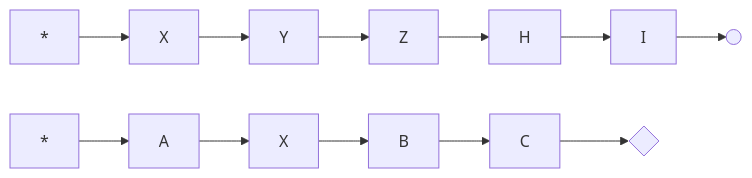
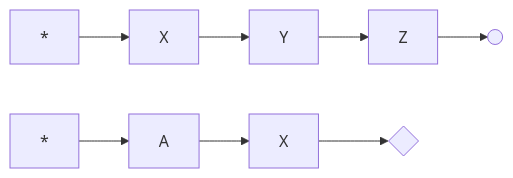
Before and after one commit to sbwkl/sbwkl.github.io: the third of 3 diagrams in post/2022/05/learn-database-system-concepts-3.md, drawn with Mermaid. The commit also changed other lines of this file, not shown here.

````diff
--- a/post/2022/05/learn-database-system-concepts-3.md
+++ b/post/2022/05/learn-database-system-concepts-3.md
@@ -289,7 +289,7 @@
 ```mermaid
 flowchart LR
-T1["*"] --> T1X["X"] --> T1Y["Y"] --> T1Z["Z"] -->H-->I--> T1G((" "))
+T1["*"] --> T1X["X"] --> T1Y["Y"] --> T1Z["Z"] --> T1G((" "))
 
-T2["*"] -->T2A["A"] --> T2X["X"] --> T2B["B"] --> T2C["C"] --> T2G{" "}
+T2["*"] -->T2A["A"] --> T2X["X"] --> T2G{" "}
 
 ```
````
